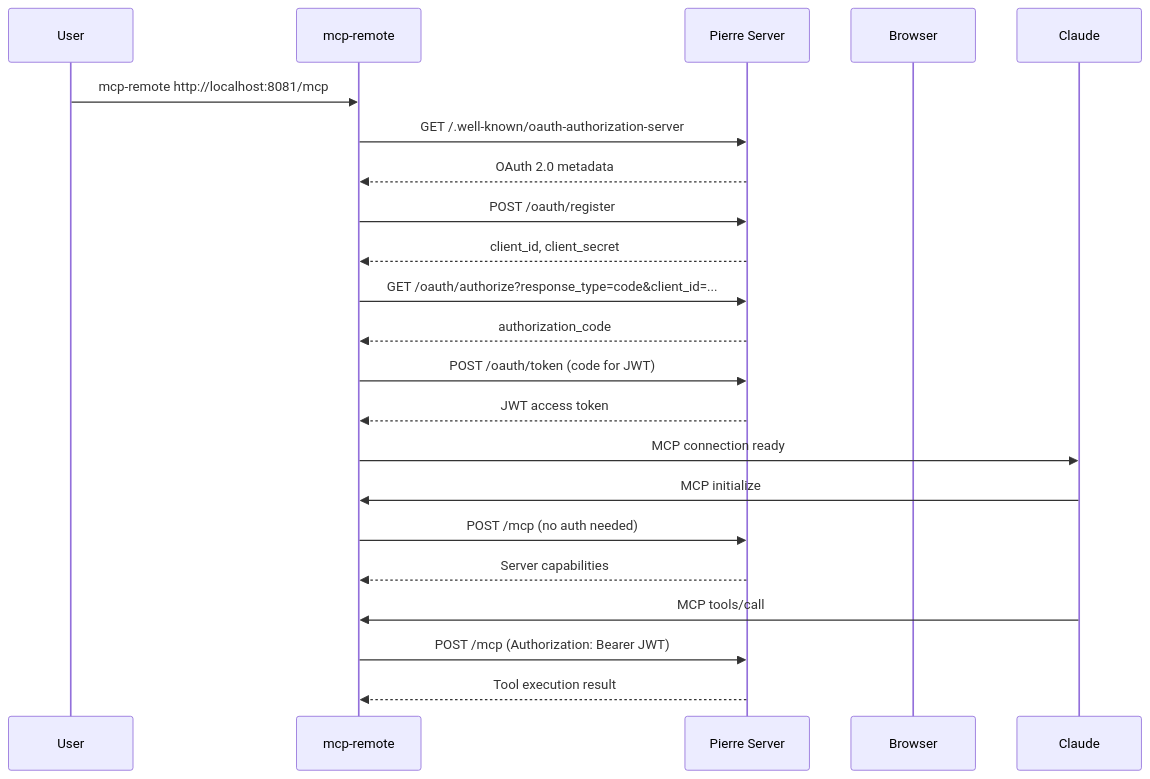
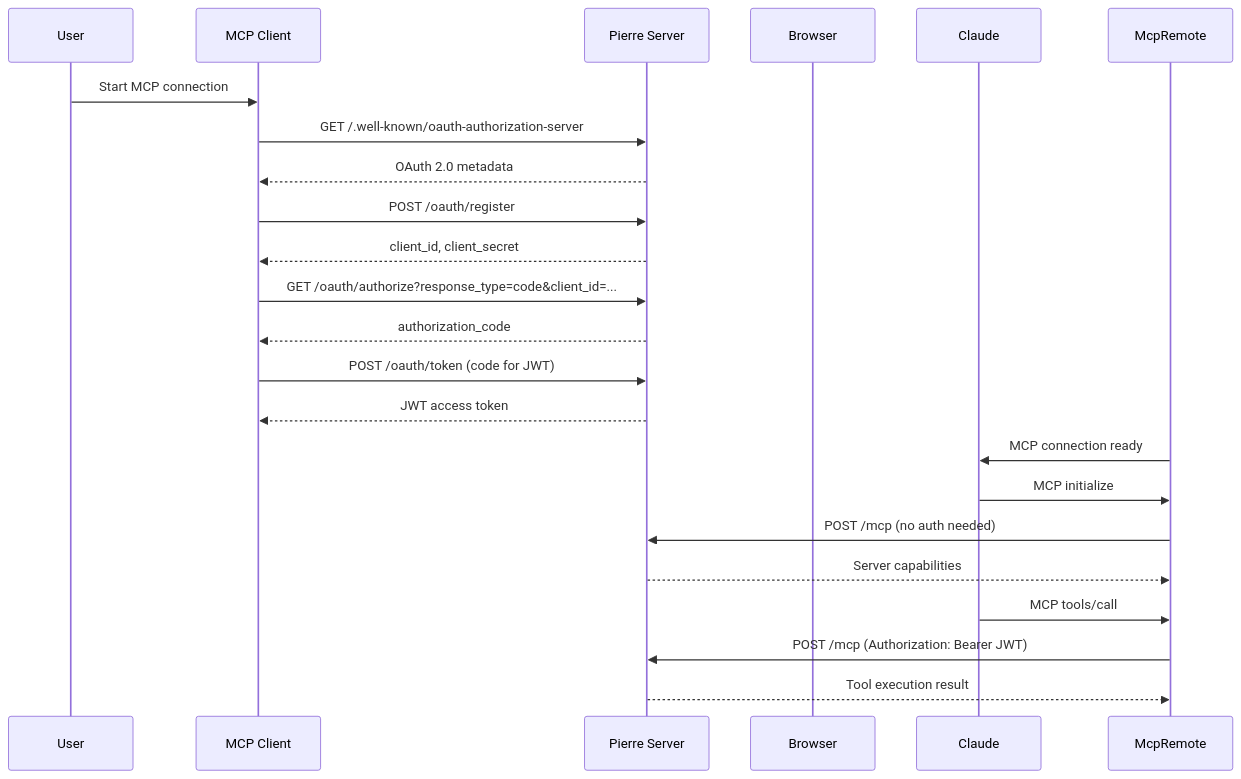
Before and after one commit to Async-IO/pierre_mcp_server: the sixth of 8 diagrams in docs/developer-guide/06-authentication.md, drawn with Mermaid. The commit also changed other lines of this file and 4 other files, not shown here.

Commit message:
fix: doc update now that we build an mcp sdk client side

````diff
--- a/docs/developer-guide/06-authentication.md
+++ b/docs/developer-guide/06-authentication.md
@@ -420,30 +420,30 @@
 ```mermaid
 sequenceDiagram
     participant User as User
-    participant McpRemote as mcp-remote
+    participant MCP as MCP Client
     participant Pierre as Pierre Server
     participant Browser as Browser
     participant Claude as Claude
 
-    User->>McpRemote: mcp-remote http://localhost:8081/mcp
-    McpRemote->>Pierre: GET /.well-known/oauth-authorization-server
-    Pierre-->>McpRemote: OAuth 2.0 metadata
+    User->>MCP: Start MCP connection
+    MCP->>Pierre: GET /.well-known/oauth-authorization-server
+    Pierre-->>MCP: OAuth 2.0 metadata
 
-    McpRemote->>Pierre: POST /oauth/register
-    Pierre-->>McpRemote: client_id, client_secret
+    MCP->>Pierre: POST /oauth/register
+    Pierre-->>MCP: client_id, client_secret
 
-    McpRemote->>Pierre: GET /oauth/authorize?response_type=code&client_id=...
-    Pierre-->>McpRemote: authorization_code
+    MCP->>Pierre: GET /oauth/authorize?response_type=code&client_id=...
+    Pierre-->>MCP: authorization_code
 
-    McpRemote->>Pierre: POST /oauth/token (code for JWT)
-    Pierre-->>McpRemote: JWT access token
+    MCP->>Pierre: POST /oauth/token (code for JWT)
+    Pierre-->>MCP: JWT access token
 
     McpRemote->>Claude: MCP connection ready
     Claude->>McpRemote: MCP initialize
     McpRemote->>Pierre: POST /mcp (no auth needed)
     Pierre-->>McpRemote: Server capabilities
 
     Claude->>McpRemote: MCP tools/call
     McpRemote->>Pierre: POST /mcp (Authorization: Bearer JWT)
     Pierre-->>McpRemote: Tool execution result
 ```
````
